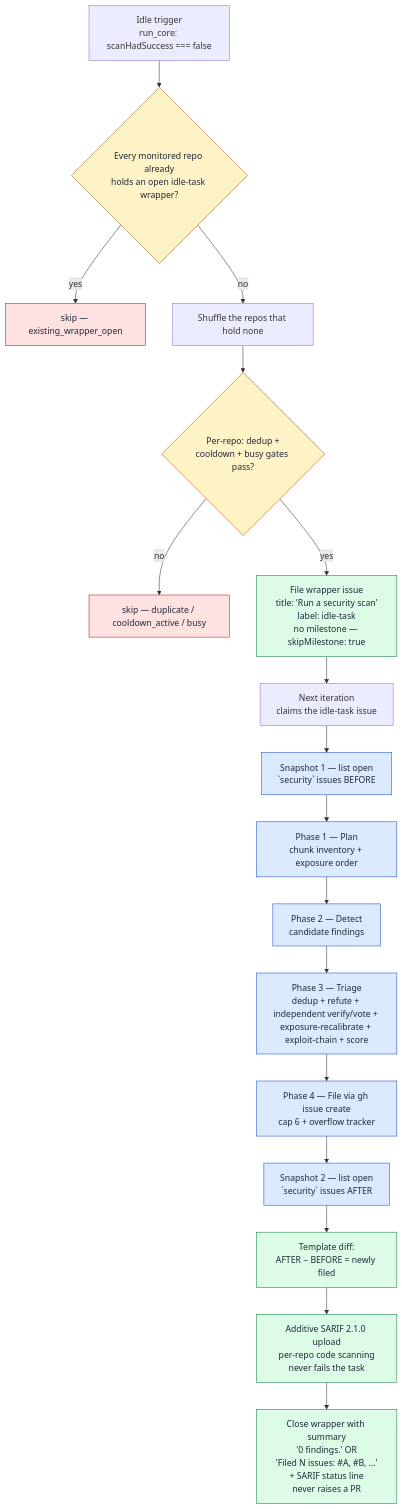
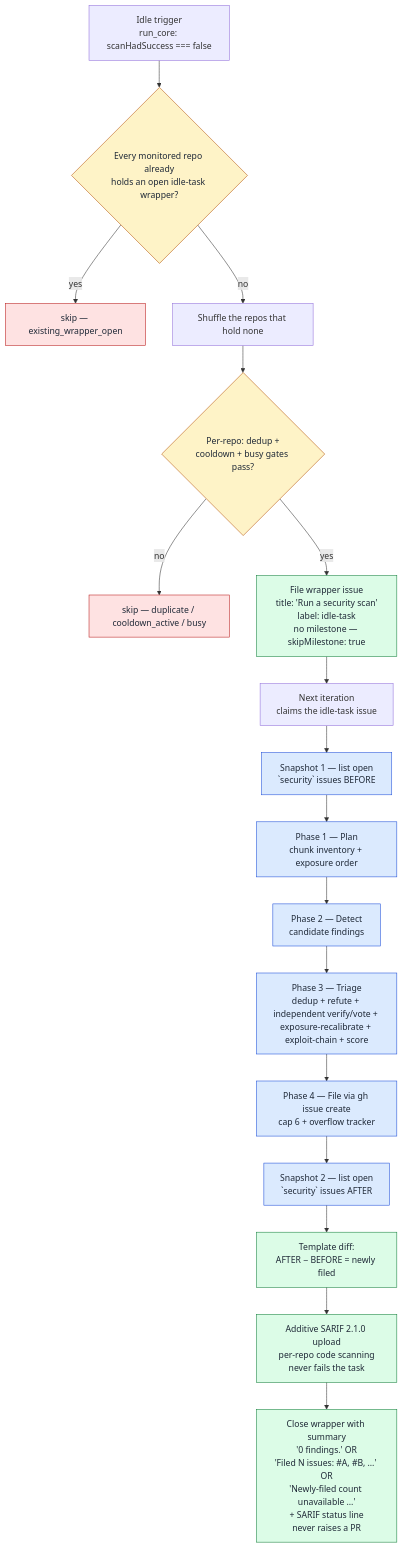
One commit to stSoftwareAU/VibeCoder changed the second of 3 diagrams in docs/SECURITY-SCAN.md. Above: the diagram before and after it, drawn with Mermaid. The commit also changed other lines of this file and 9 other files, not shown here.

````diff
--- a/docs/SECURITY-SCAN.md
+++ b/docs/SECURITY-SCAN.md
@@ -225,27 +225,27 @@
 ```mermaid
 flowchart TD
     classDef gate fill:#fef3c7,stroke:#b45309,color:#1f2937;
     classDef phase fill:#dbeafe,stroke:#1d4ed8,color:#1f2937;
     classDef output fill:#dcfce7,stroke:#15803d,color:#1f2937;
     classDef skip fill:#fee2e2,stroke:#b91c1c,color:#1f2937;
 
     Idle[Idle trigger<br/>run_core: scanHadSuccess === false]
 
     Idle --> Cross{Every monitored repo already<br/>holds an open idle-task wrapper?}
     Cross -- yes --> SkipWrapper[skip — existing_wrapper_open]:::skip
     Cross -- no --> Shuffle[Shuffle the repos that hold none]
     Shuffle --> Pick{Per-repo: dedup +<br/>cooldown + busy gates pass?}
     class Cross,Pick gate;
     Pick -- no --> SkipDedup[skip — duplicate / cooldown_active / busy]:::skip
     Pick -- yes --> FileIssue[File wrapper issue<br/>title: 'Run a security scan'<br/>label: idle-task<br/>no milestone — skipMilestone: true]:::output
     FileIssue --> NextLoop[Next iteration<br/>claims the idle-task issue]
     NextLoop --> Before[Snapshot 1 — list open<br/>`security` issues BEFORE]:::phase
     Before --> Phase1[Phase 1 — Plan<br/>chunk inventory + exposure order]:::phase
     Phase1 --> Phase2[Phase 2 — Detect<br/>candidate findings]:::phase
     Phase2 --> Phase3[Phase 3 — Triage<br/>dedup + refute + independent verify/vote + exposure-recalibrate + exploit-chain + score]:::phase
     Phase3 --> Phase4[Phase 4 — File via gh issue create<br/>cap 6 + overflow tracker]:::phase
     Phase4 --> After[Snapshot 2 — list open<br/>`security` issues AFTER]:::phase
     After --> Diff[Template diff:<br/>AFTER − BEFORE = newly filed]:::output
     Diff --> Sarif[Additive SARIF 2.1.0 upload<br/>per-repo code scanning<br/>never fails the task]:::output
-    Sarif --> Close[Close wrapper with summary<br/>'0 findings.' OR<br/>'Filed N issues: #A, #B, …'<br/>+ SARIF status line<br/>never raises a PR]:::output
+    Sarif --> Close[Close wrapper with summary<br/>'0 findings.' OR<br/>'Filed N issues: #A, #B, …' OR<br/>'Newly-filed count unavailable …'<br/>+ SARIF status line<br/>never raises a PR]:::output
 ```
````
